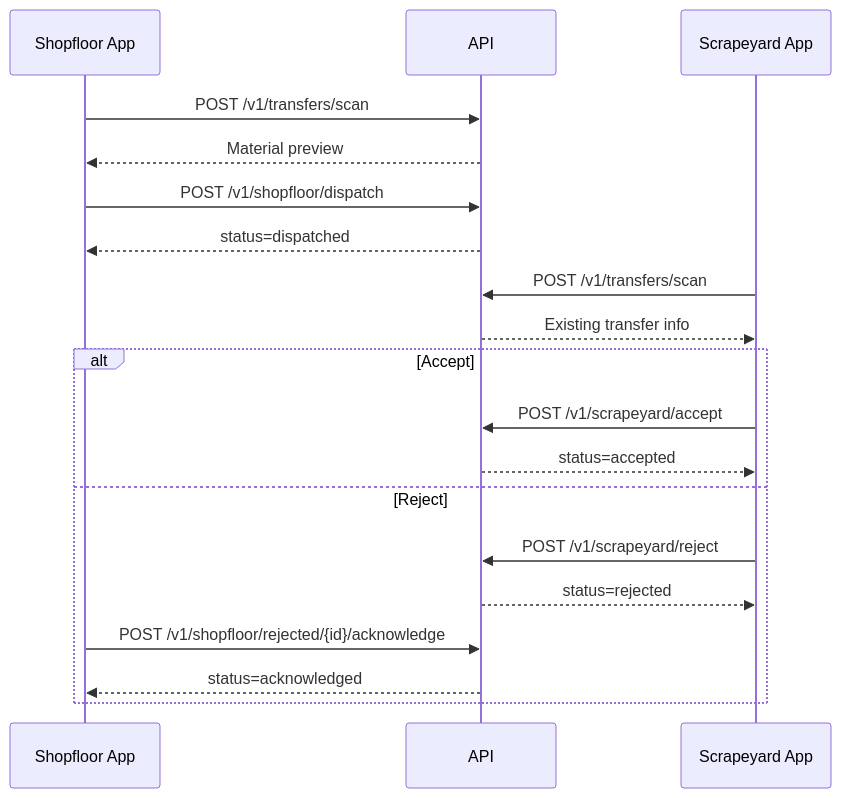
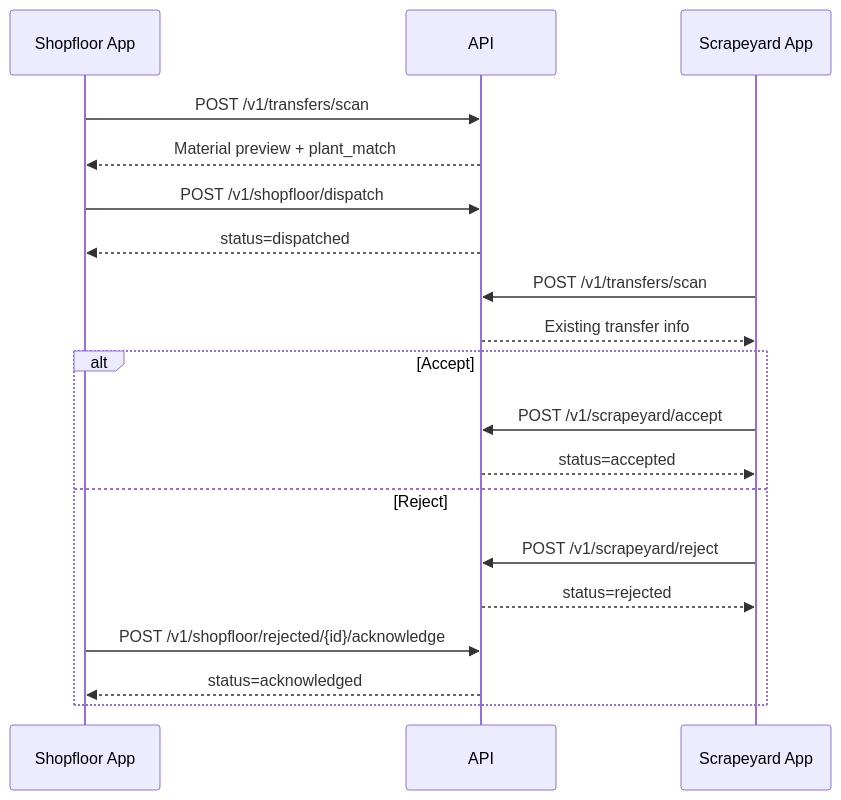
The diagram in docs/api_integration.md (Indrranil/scrap), drawn with Mermaid before and after one commit. The commit also changed other lines of this file and 35 other files, not shown here.

````diff
--- a/docs/api_integration.md
+++ b/docs/api_integration.md
@@ -87,22 +134,22 @@
 ```mermaid
 sequenceDiagram
     participant SF as Shopfloor App
     participant API as API
     participant SY as Scrapeyard App
 
     SF->>API: POST /v1/transfers/scan
-    API-->>SF: Material preview
+    API-->>SF: Material preview + plant_match
     SF->>API: POST /v1/shopfloor/dispatch
     API-->>SF: status=dispatched
     SY->>API: POST /v1/transfers/scan
     API-->>SY: Existing transfer info
     alt Accept
         SY->>API: POST /v1/scrapeyard/accept
         API-->>SY: status=accepted
     else Reject
         SY->>API: POST /v1/scrapeyard/reject
         API-->>SY: status=rejected
         SF->>API: POST /v1/shopfloor/rejected/{id}/acknowledge
         API-->>SF: status=acknowledged
     end
 ```
````
